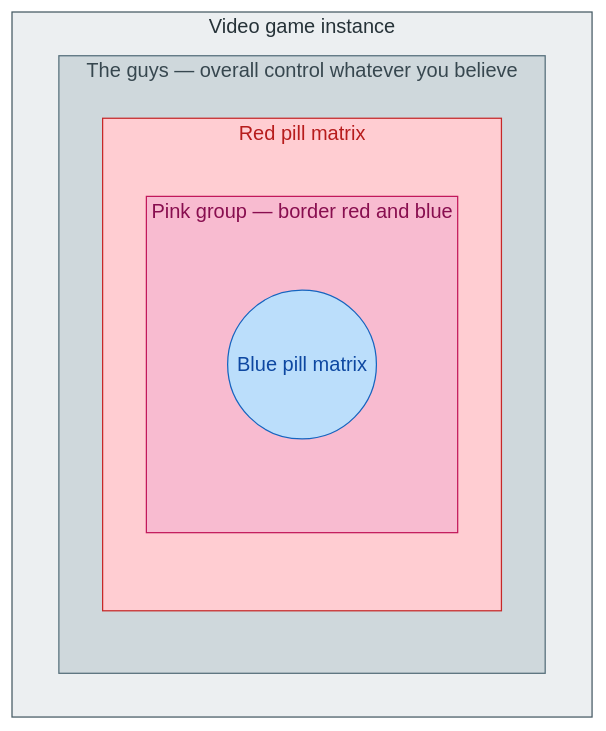
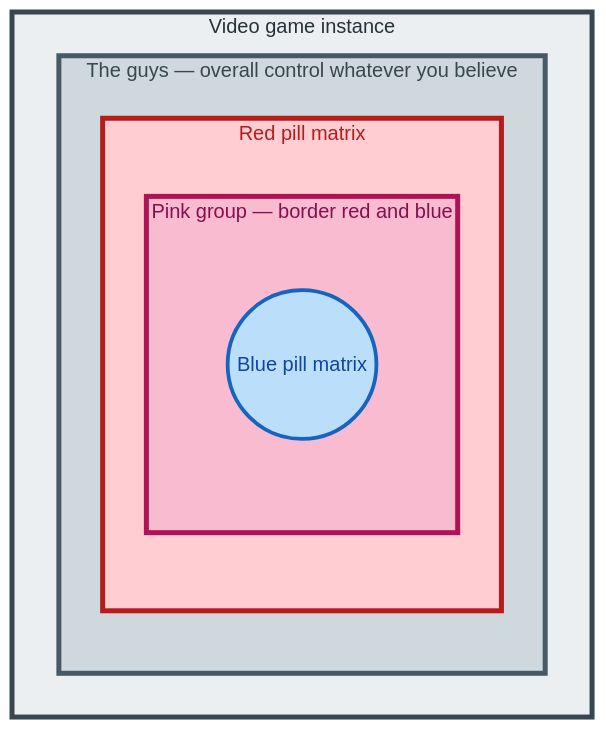
The second of 3 diagrams in life-theories/life-game-structure.md (gardusig/notes), drawn with Mermaid before and after one commit. The commit also changed other lines of this file, not shown here.

````diff
--- a/life-theories/life-game-structure.md
+++ b/life-theories/life-game-structure.md
@@ -71,18 +77,18 @@
 ```mermaid
 flowchart TB
   subgraph gameInstance [Video game instance]
     subgraph theGuys [The guys — overall control whatever you believe]
       subgraph redPill [Red pill matrix]
         subgraph pinkGroup [Pink group — border red and blue]
           bluePill(("Blue pill matrix"))
         end
       end
     end
   end
 
-  style gameInstance fill:#eceff1,stroke:#455a64,color:#263238
-  style theGuys fill:#cfd8dc,stroke:#546e7a,color:#37474f
-  style redPill fill:#ffcdd2,stroke:#c62828,color:#b71c1c
-  style pinkGroup fill:#f8bbd0,stroke:#c2185b,color:#880e4f
-  style bluePill fill:#bbdefb,stroke:#1565c0,color:#0d47a1
+  style gameInstance fill:#eceff1,stroke:#37474f,color:#263238,stroke-width:4px
+  style theGuys fill:#cfd8dc,stroke:#455a64,color:#37474f,stroke-width:4px
+  style redPill fill:#ffcdd2,stroke:#b71c1c,color:#b71c1c,stroke-width:4px
+  style pinkGroup fill:#f8bbd0,stroke:#ad1457,color:#880e4f,stroke-width:4px
+  style bluePill fill:#bbdefb,stroke:#1565c0,color:#0d47a1,stroke-width:3px
 ```
````
